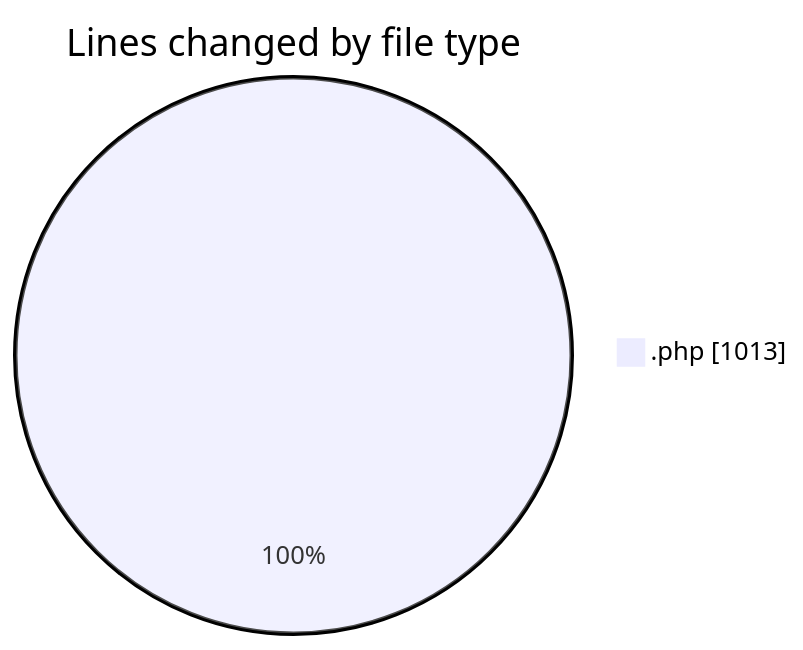
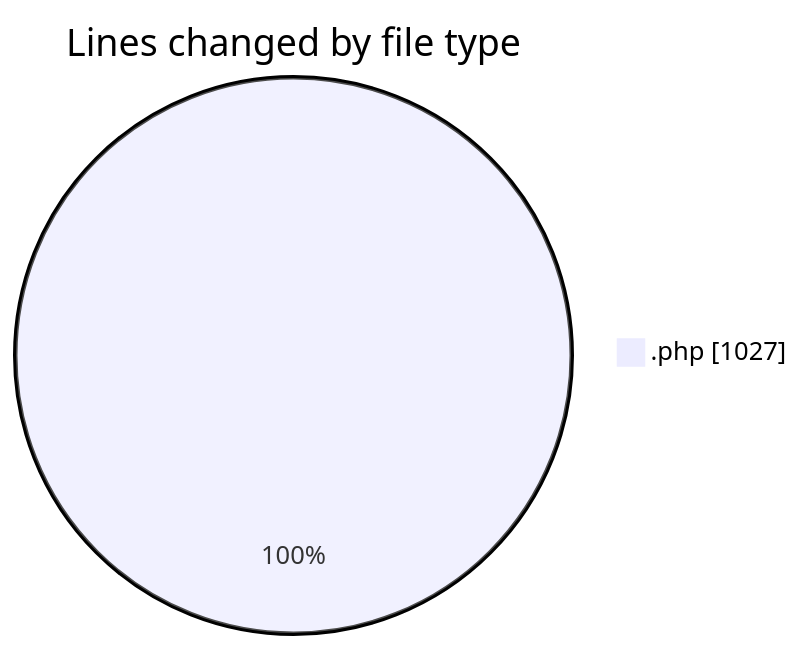
The first of 2 diagrams in 2025-01-14/oficina/README.md (LanceThiago/code-tracking), drawn with Mermaid before and after one commit. The commit also changed other lines of this file and 1 other file, not shown here.

````diff
--- a/2025-01-14/oficina/README.md
+++ b/2025-01-14/oficina/README.md
@@ -23,5 +23,5 @@
 ```mermaid
 pie showData
 title Lines changed by file type
-".php" : 1013
+".php" : 1027
 ```
````
